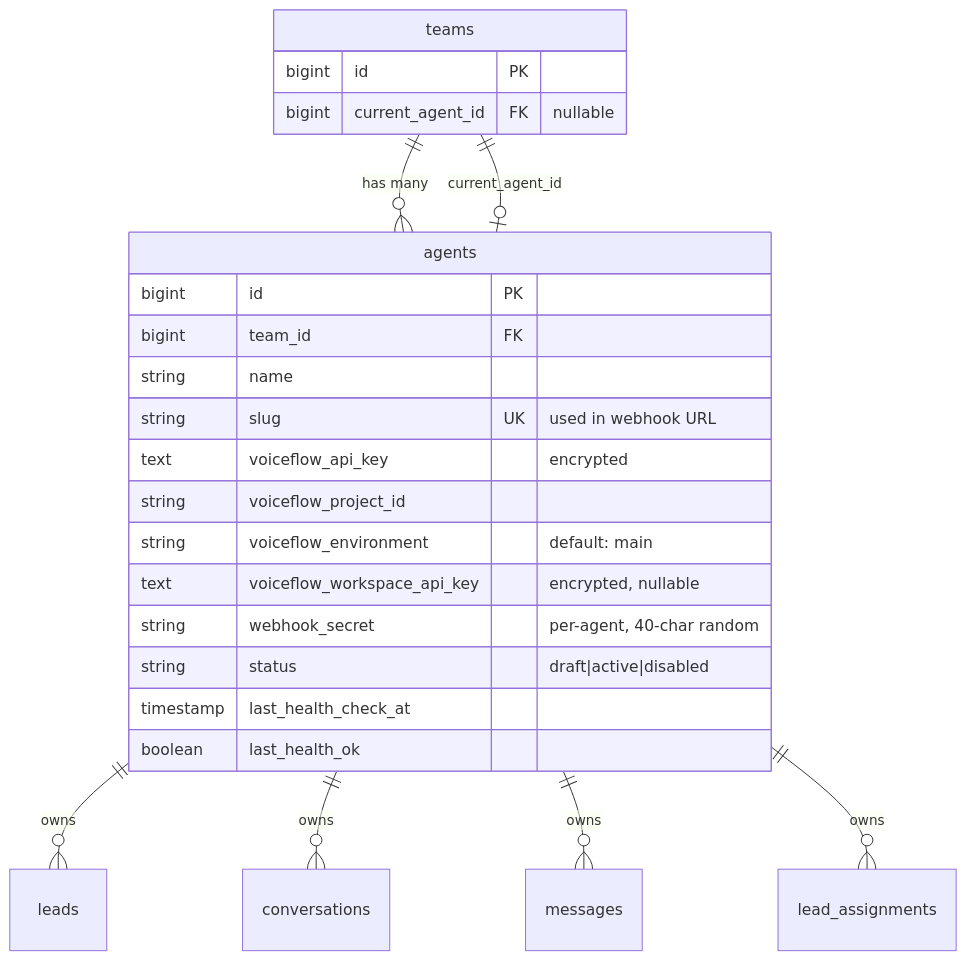
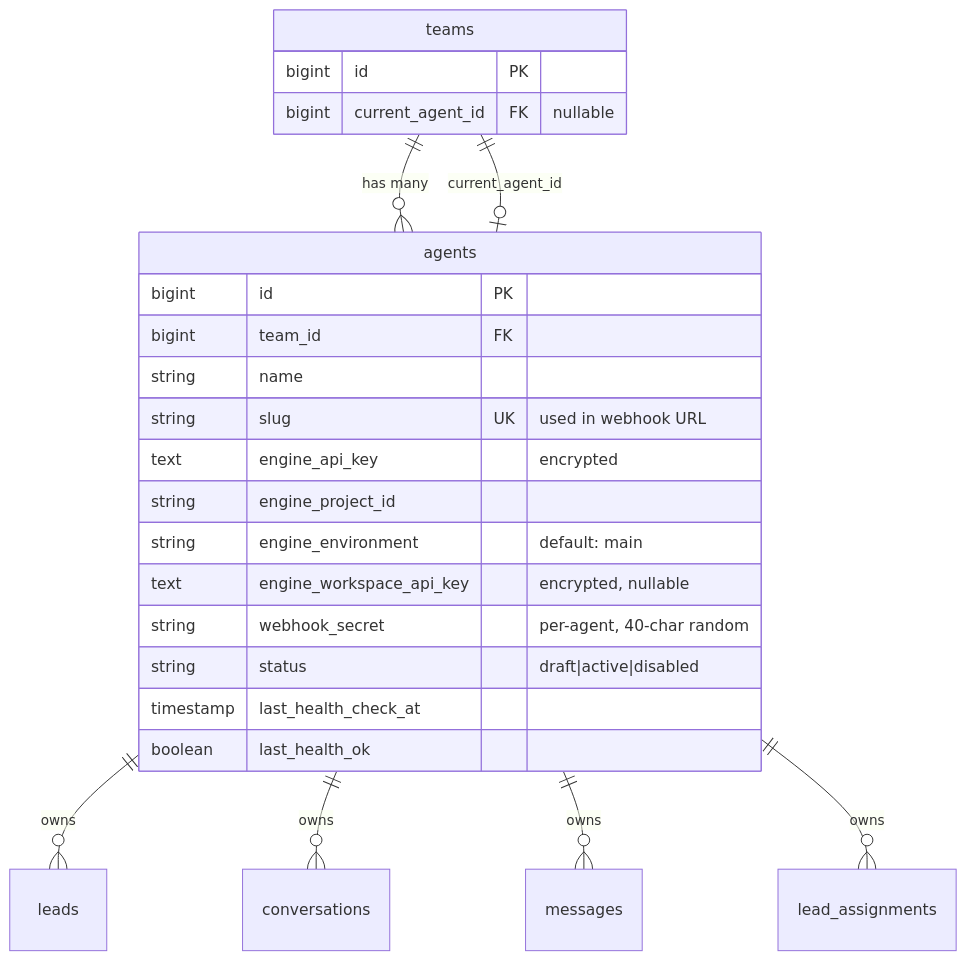
One commit to Neoptolemospapadiofantous/automation_dashboard changed the third of 7 diagrams in docs/phase-13-multitenancy.md. Above: the diagram before and after it, drawn with Mermaid. The commit also changed other lines of this file and 515 other files, not shown here.

````diff
--- a/docs/phase-13-multitenancy.md
+++ b/docs/phase-13-multitenancy.md
@@ -66,29 +85,29 @@
 ```mermaid
 erDiagram
     teams ||--o{ agents : "has many"
     teams ||--o| agents : "current_agent_id"
     agents ||--o{ leads : "owns"
     agents ||--o{ conversations : "owns"
     agents ||--o{ messages : "owns"
     agents ||--o{ lead_assignments : "owns"
 
     agents {
         bigint id PK
         bigint team_id FK
         string name
         string slug UK "used in webhook URL"
-        text voiceflow_api_key "encrypted"
-        string voiceflow_project_id
-        string voiceflow_environment "default: main"
-        text voiceflow_workspace_api_key "encrypted, nullable"
+        text engine_api_key "encrypted"
+        string engine_project_id
+        string engine_environment "default: main"
+        text engine_workspace_api_key "encrypted, nullable"
         string webhook_secret "per-agent, 40-char random"
         string status "draft|active|disabled"
         timestamp last_health_check_at
         boolean last_health_ok
     }
 
     teams {
         bigint id PK
         bigint current_agent_id FK "nullable"
     }
 ```
````
